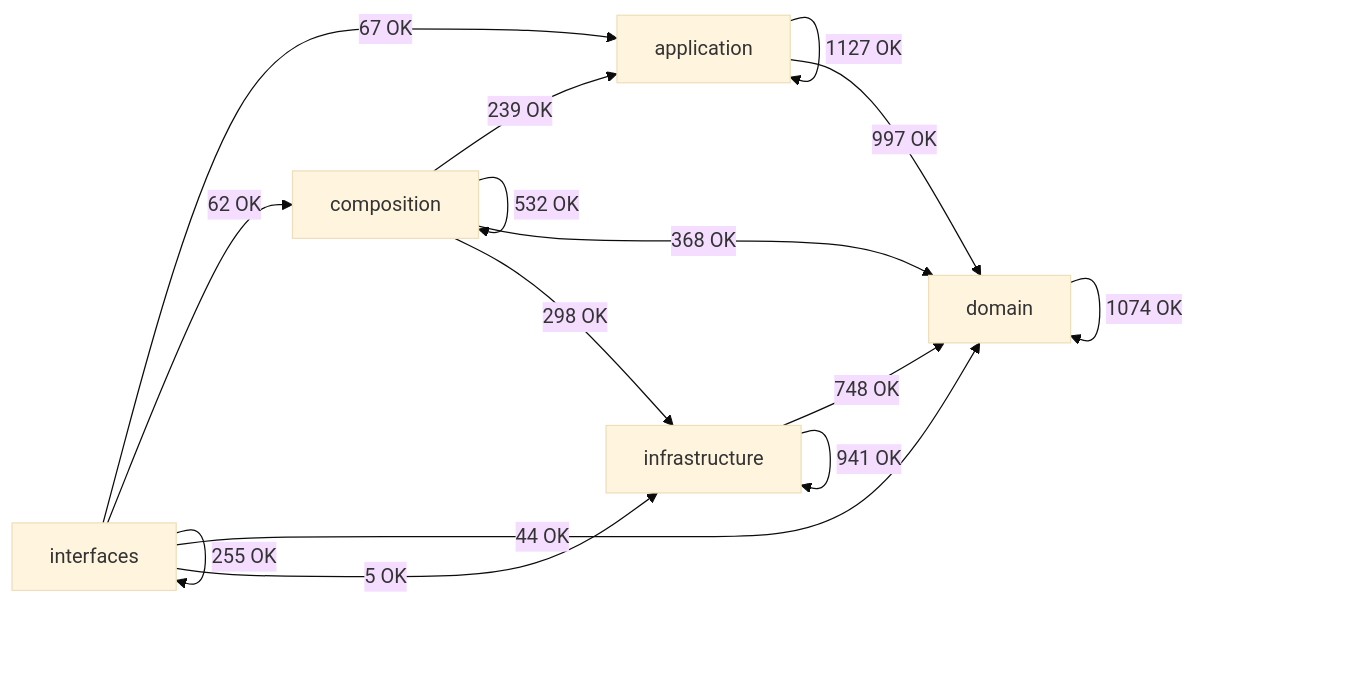
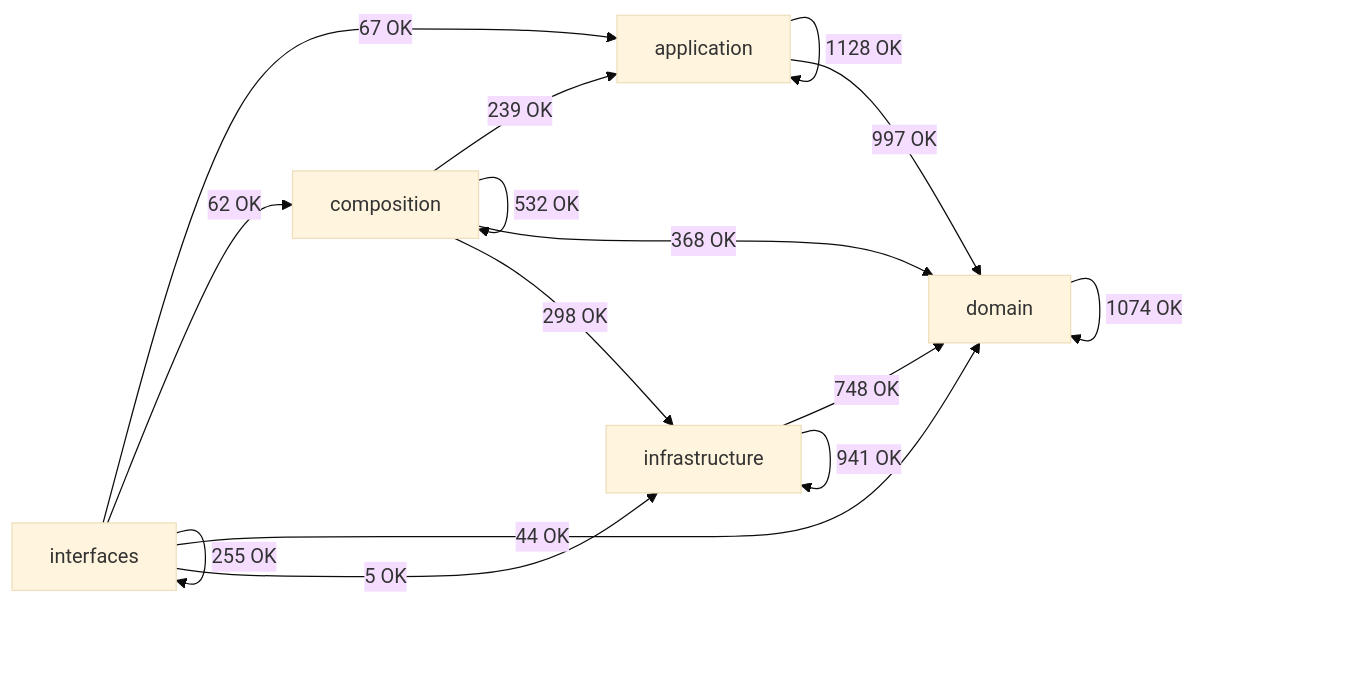
The diagram in docs/02-architecture/generated/module-dependency-map.md (SatoryKono/BioactivityDataAcquisition), drawn with Mermaid (base theme) before and after one commit. The commit also changed other lines of this file and 2 other files, not shown here.

````diff
--- a/docs/02-architecture/generated/module-dependency-map.md
+++ b/docs/02-architecture/generated/module-dependency-map.md
@@ -17,22 +17,22 @@
 ```mermaid
 flowchart LR
     domain[domain]
     application[application]
     infrastructure[infrastructure]
     composition[composition]
     interfaces[interfaces]
-    application -->|1127 OK| application
+    application -->|1128 OK| application
     application -->|997 OK| domain
     composition -->|239 OK| application
     composition -->|532 OK| composition
     composition -->|368 OK| domain
     composition -->|298 OK| infrastructure
     domain -->|1074 OK| domain
     infrastructure -->|748 OK| domain
     infrastructure -->|941 OK| infrastructure
     interfaces -->|67 OK| application
     interfaces -->|62 OK| composition
     interfaces -->|44 OK| domain
     interfaces -->|5 OK| infrastructure
     interfaces -->|255 OK| interfaces
 ```
````
